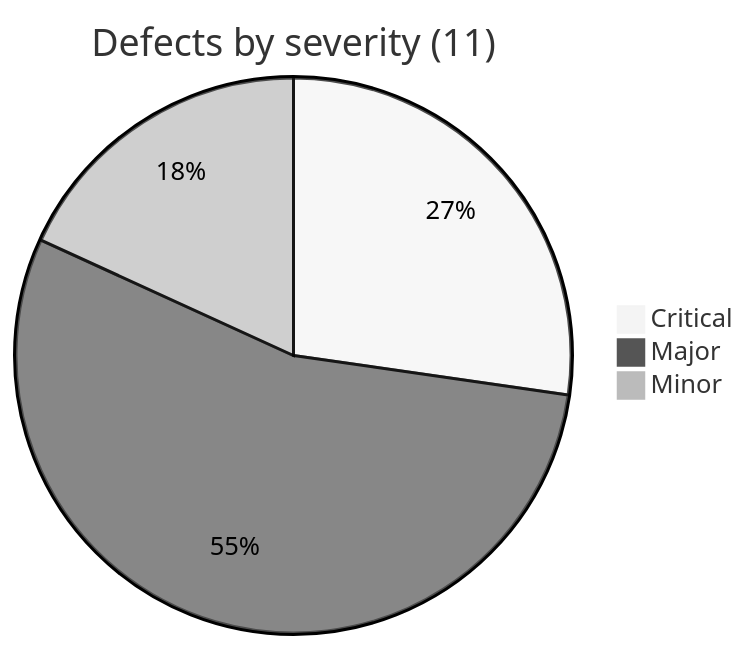
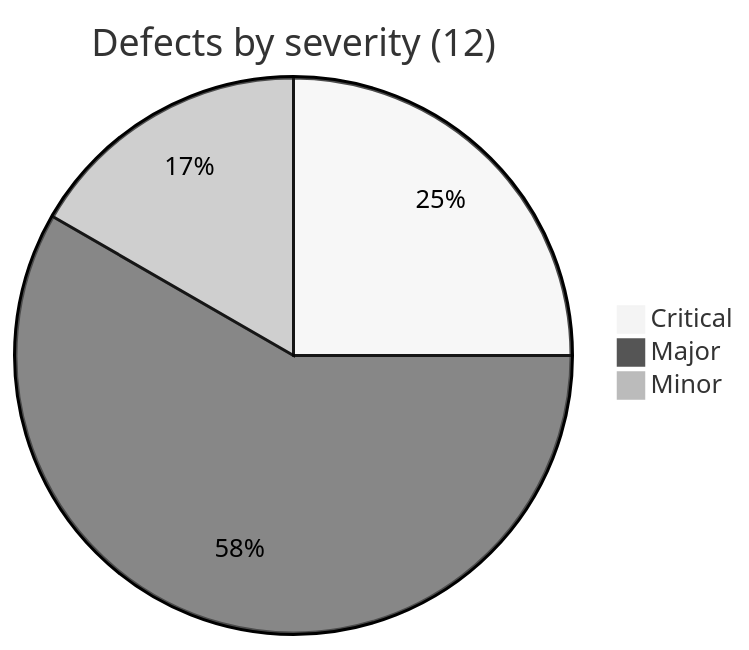
One commit to jahidulislamrihan26/sqa-portfolio changed the second of 2 diagrams in manual-testing/docs/05-test-summary-report.md. Above: the diagram before and after it, drawn with Mermaid (neutral theme). The commit also changed other lines of this file and 40 other files, not shown here.

````diff
--- a/manual-testing/docs/05-test-summary-report.md
+++ b/manual-testing/docs/05-test-summary-report.md
@@ -34,6 +34,6 @@
 ```mermaid
-pie title Defects by severity (11)
+pie title Defects by severity (12)
     "Critical" : 3
-    "Major" : 6
+    "Major" : 7
     "Minor" : 2
 ```
````
